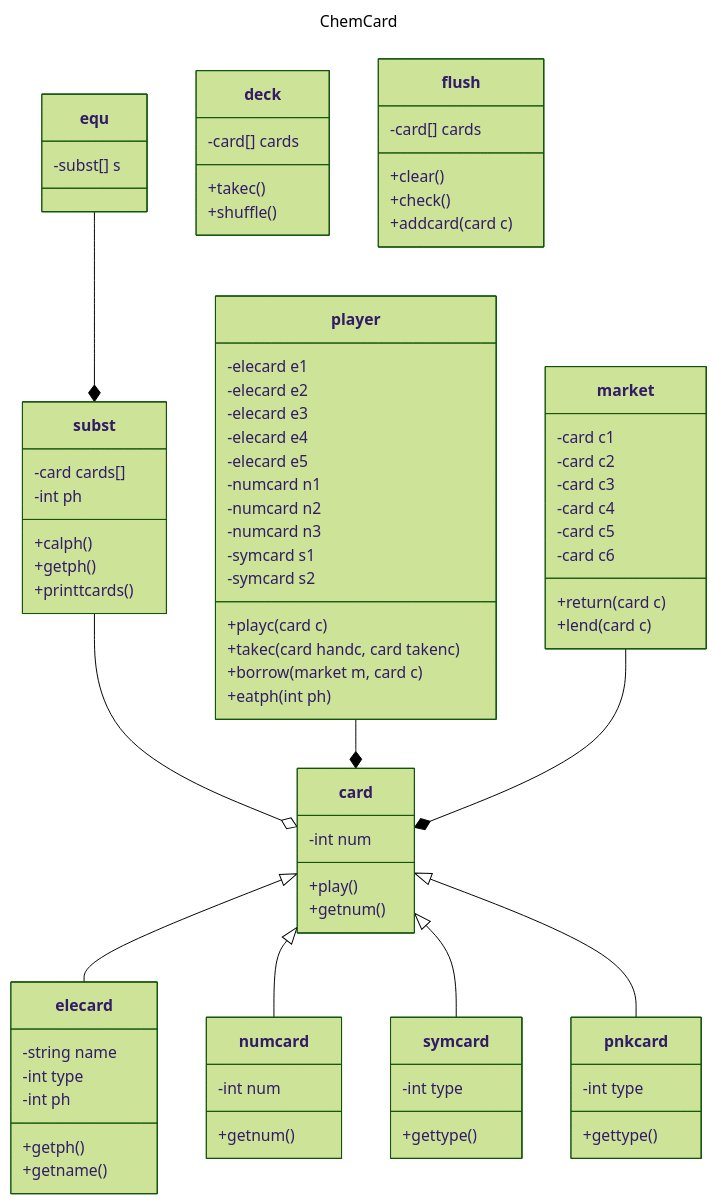
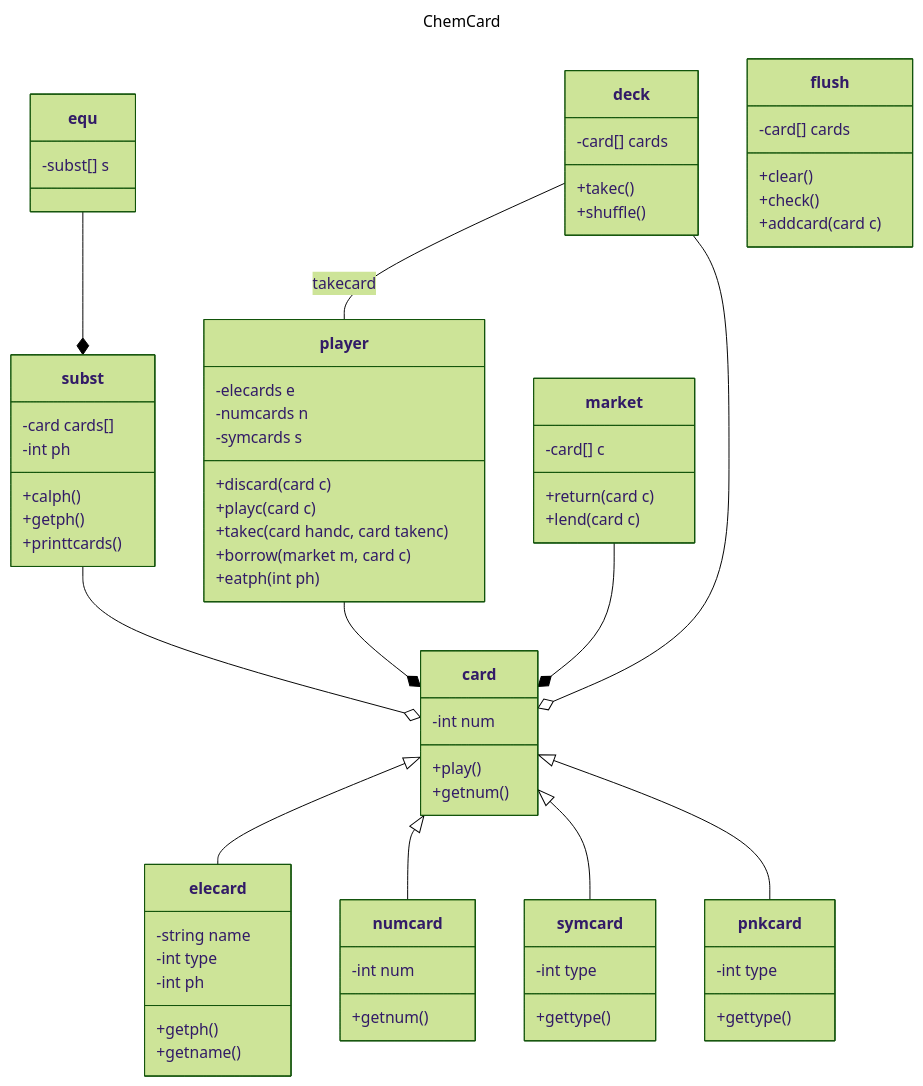
Before and after one commit to DG3-3/ChemCard: the diagram in README.md, drawn with Mermaid (forest theme).

Commit message:
readme added

````diff
--- a/README.md
+++ b/README.md
@@ -46,17 +46,11 @@
 }
 
 class player{
-    -elecard e1
-    -elecard e2
-    -elecard e3
-    -elecard e4
-    -elecard e5
-    -numcard n1
-    -numcard n2
-    -numcard n3
-    -symcard s1
-    -symcard s2
+    -elecards e
+    -numcards n
+    -symcards s
     
+    +discard(card c)
     +playc(card c)
     +takec(card handc, card takenc)
     +borrow(market m, card c)
@@ -70,12 +64,7 @@
 }
 
 class market{
-    -card c1
-    -card c2
-    -card c3
-    -card c4
-    -card c5
-    -card c6
+    -card[] c
     
     +return(card c)
     +lend(card c)
@@ -106,4 +95,8 @@
   -subst[] s
   
 }
+
+deck -- player : takecard
+deck --o card
+
 ```
````
